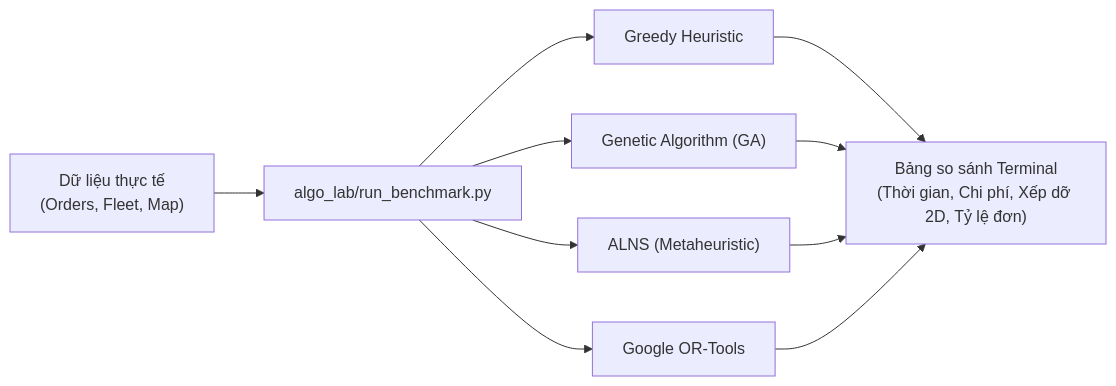
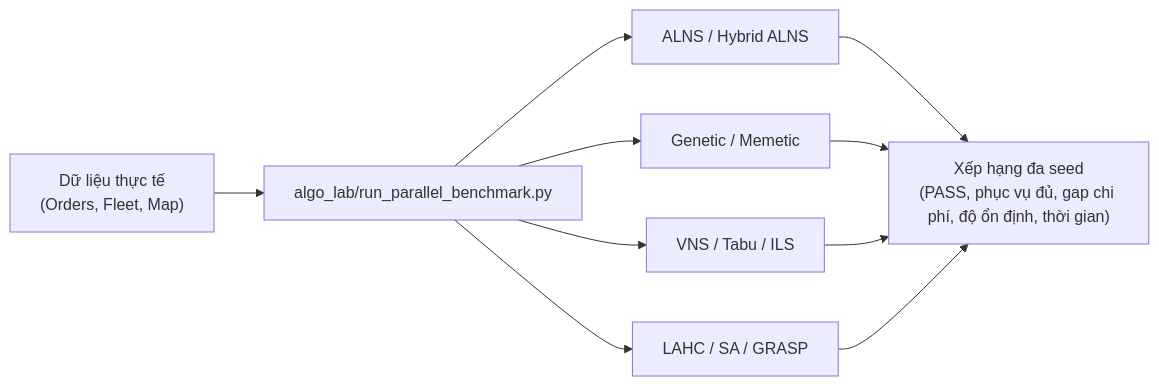
One commit to Bang334/Project-Logictists changed the diagram in algo_lab/OVERVIEW.md. Above: the diagram before and after it, drawn with Mermaid. The commit also changed other lines of this file and 11 other files, not shown here.

Commit message:
feat(algo-lab): benchmark ten metaheuristics

````diff
--- a/algo_lab/OVERVIEW.md
+++ b/algo_lab/OVERVIEW.md
@@ -23,9 +23,9 @@
 ```mermaid
 flowchart LR
-    A["Dữ liệu thực tế<br/>(Orders, Fleet, Map)"] --> B["algo_lab/run_benchmark.py"]
-    B --> C1["Greedy Heuristic"]
-    B --> C2["Genetic Algorithm (GA)"]
-    B --> C3["ALNS (Metaheuristic)"]
-    B --> C4["Google OR-Tools"]
-    C1 & C2 & C3 & C4 --> D["Bảng so sánh Terminal<br/>(Thời gian, Chi phí, Xếp dỡ 2D, Tỷ lệ đơn)"]
+    A["Dữ liệu thực tế<br/>(Orders, Fleet, Map)"] --> B["algo_lab/run_parallel_benchmark.py"]
+    B --> C1["ALNS / Hybrid ALNS"]
+    B --> C2["Genetic / Memetic"]
+    B --> C3["VNS / Tabu / ILS"]
+    B --> C4["LAHC / SA / GRASP"]
+    C1 & C2 & C3 & C4 --> D["Xếp hạng đa seed<br/>(PASS, phục vụ đủ, gap chi phí, độ ổn định, thời gian)"]
 ```
````
